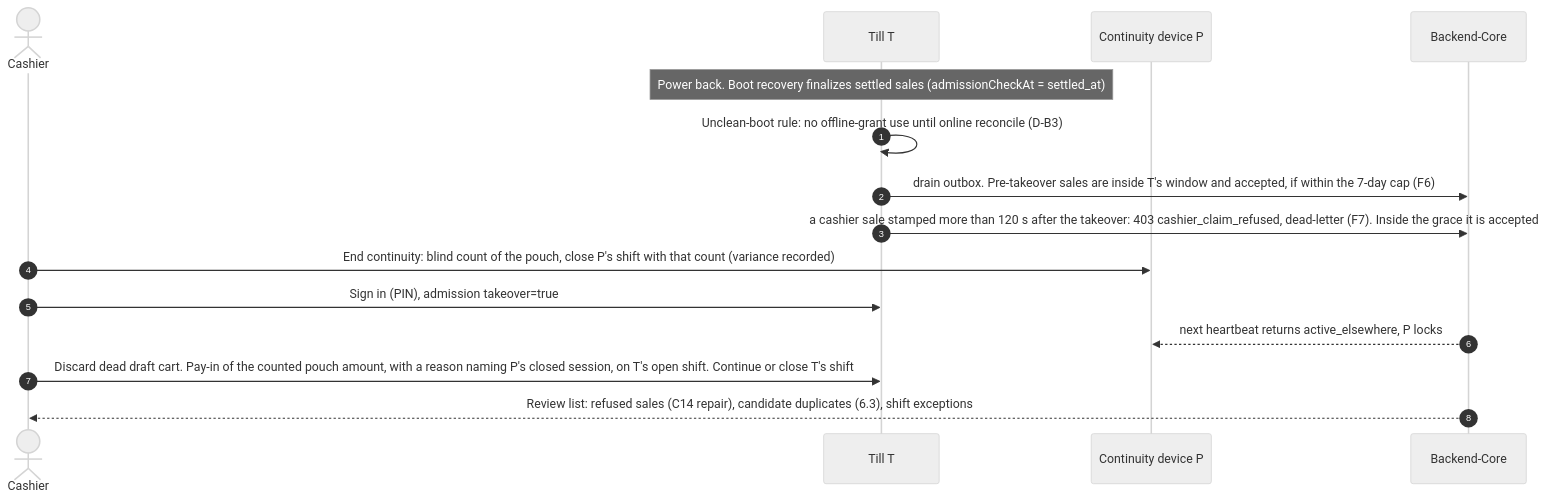
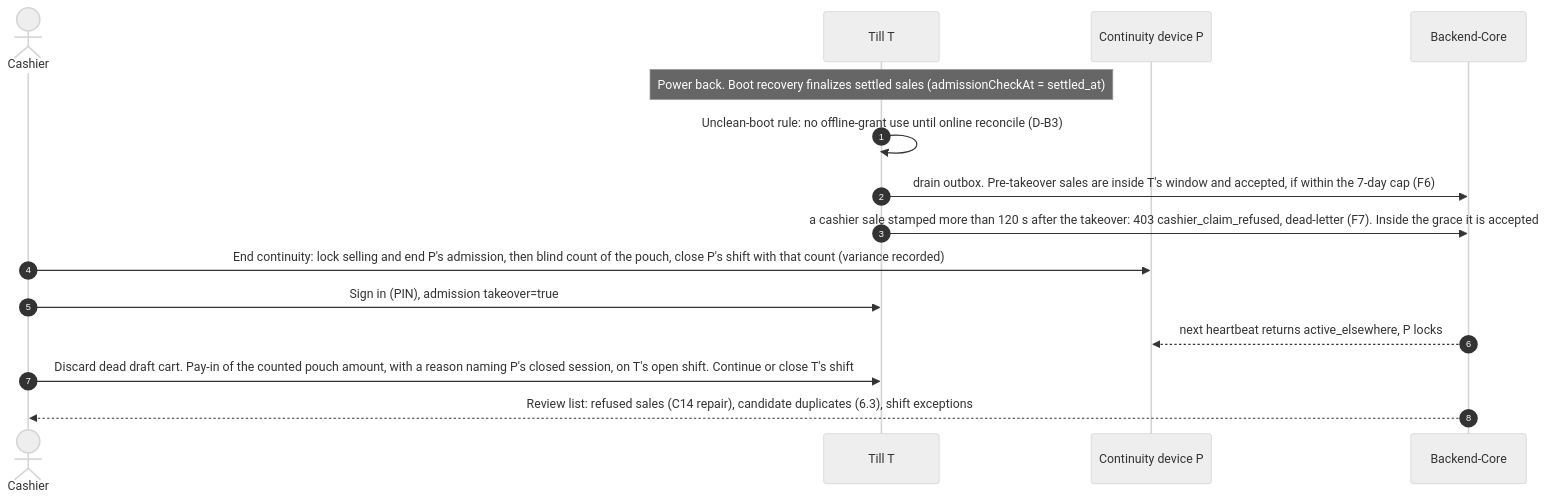
One commit to Kemetra/POS changed the second of 2 diagrams in docs/superpowers/specs/2026-10-15-rt-230-retail-client-continuity-design.md. Above: the diagram before and after it, drawn with Mermaid (neutral theme). The commit also changed other lines of this file, not shown here.

First line of the commit message:
docs(rt-230): fence the phone before its close, gate the PoC on C1, add a dirty-boot marker

````diff
--- a/docs/superpowers/specs/2026-10-15-rt-230-retail-client-continuity-design.md
+++ b/docs/superpowers/specs/2026-10-15-rt-230-retail-client-continuity-design.md
@@ -339,17 +340,17 @@
 ```mermaid
 sequenceDiagram
     autonumber
     actor C as Cashier
     participant T as Till T
     participant P as Continuity device P
     participant BC as Backend-Core
     Note over T: Power back. Boot recovery finalizes settled sales (admissionCheckAt = settled_at)
     T->>T: Unclean-boot rule: no offline-grant use until online reconcile (D-B3)
     T->>BC: drain outbox. Pre-takeover sales are inside T's window and accepted, if within the 7-day cap (F6)
     T->>BC: a cashier sale stamped more than 120 s after the takeover: 403 cashier_claim_refused, dead-letter (F7). Inside the grace it is accepted
-    C->>P: End continuity: blind count of the pouch, close P's shift with that count (variance recorded)
+    C->>P: End continuity: lock selling and end P's admission, then blind count of the pouch, close P's shift with that count (variance recorded)
     C->>T: Sign in (PIN), admission takeover=true
     BC-->>P: next heartbeat returns active_elsewhere, P locks
     C->>T: Discard dead draft cart. Pay-in of the counted pouch amount, with a reason naming P's closed session, on T's open shift. Continue or close T's shift
     BC-->>C: Review list: refused sales (C14 repair), candidate duplicates (6.3), shift exceptions
 ```
````
